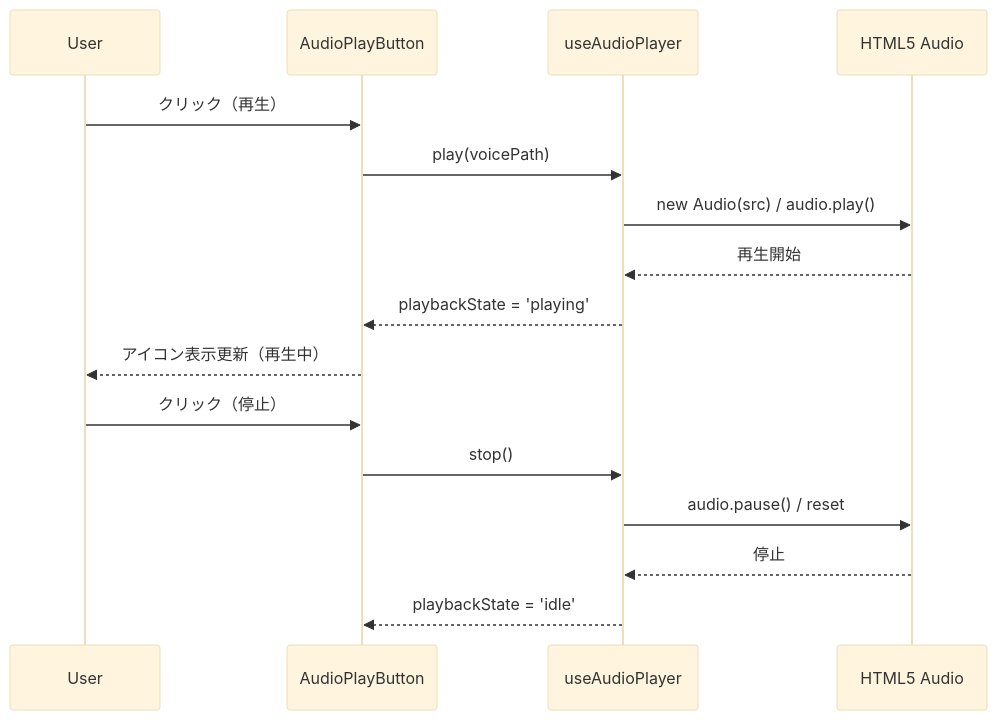
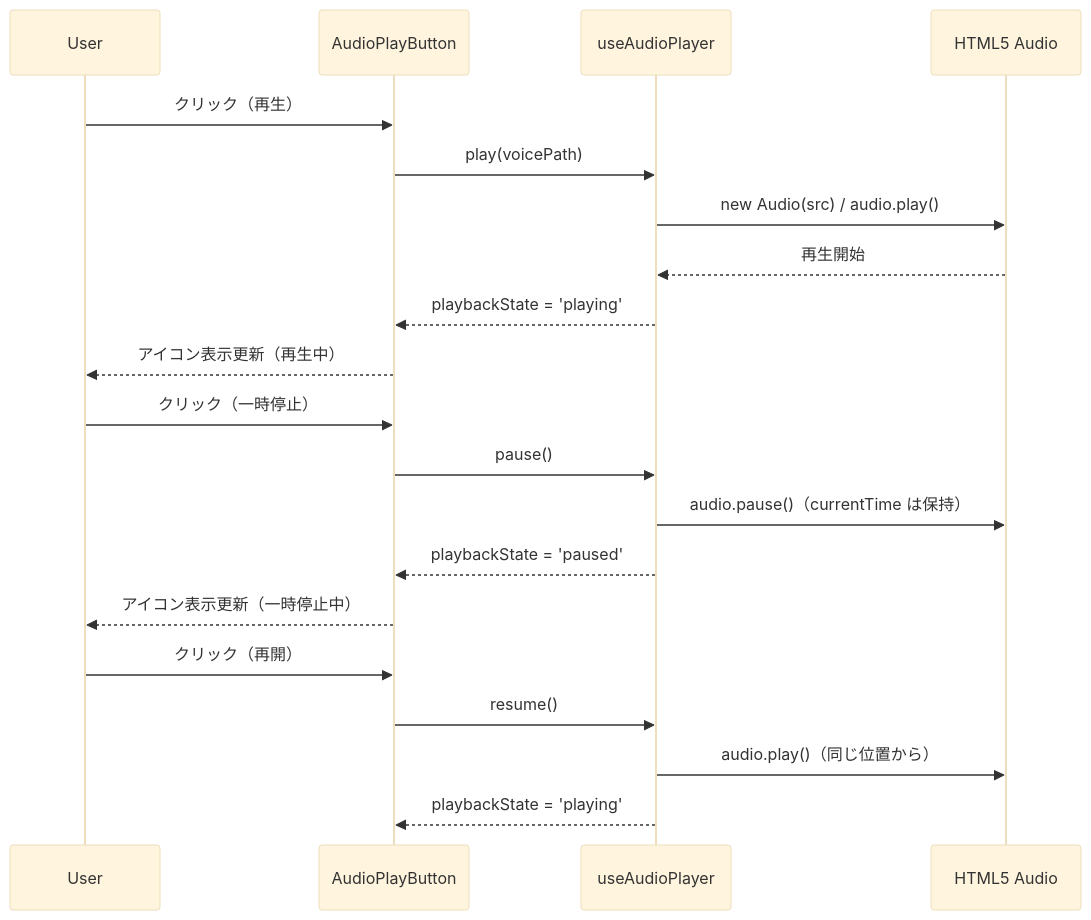
One commit to ToshikiImagawa/slide-presentation-app changed the first of 3 diagrams in .sdd/specification/speaker-note-audio_spec.md. Above: the diagram before and after it, drawn with Mermaid (base theme). The commit also changed other lines of this file and 12 other files, not shown here.

````diff
--- a/.sdd/specification/speaker-note-audio_spec.md
+++ b/.sdd/specification/speaker-note-audio_spec.md
@@ -196,20 +193,25 @@
 ```mermaid
 sequenceDiagram
     participant User
     participant AudioPlayButton
     participant useAudioPlayer
     participant HTMLAudio as HTML5 Audio
 
     User ->> AudioPlayButton: クリック（再生）
     AudioPlayButton ->> useAudioPlayer: play(voicePath)
     useAudioPlayer ->> HTMLAudio: new Audio(src) / audio.play()
     HTMLAudio -->> useAudioPlayer: 再生開始
     useAudioPlayer -->> AudioPlayButton: playbackState = 'playing'
     AudioPlayButton -->> User: アイコン表示更新（再生中）
 
-    User ->> AudioPlayButton: クリック（停止）
-    AudioPlayButton ->> useAudioPlayer: stop()
-    useAudioPlayer ->> HTMLAudio: audio.pause() / reset
-    HTMLAudio -->> useAudioPlayer: 停止
-    useAudioPlayer -->> AudioPlayButton: playbackState = 'idle'
+    User ->> AudioPlayButton: クリック（一時停止）
+    AudioPlayButton ->> useAudioPlayer: pause()
+    useAudioPlayer ->> HTMLAudio: audio.pause()（currentTime は保持）
+    useAudioPlayer -->> AudioPlayButton: playbackState = 'paused'
+    AudioPlayButton -->> User: アイコン表示更新（一時停止中）
+
+    User ->> AudioPlayButton: クリック（再開）
+    AudioPlayButton ->> useAudioPlayer: resume()
+    useAudioPlayer ->> HTMLAudio: audio.play()（同じ位置から）
+    useAudioPlayer -->> AudioPlayButton: playbackState = 'playing'
 ```
````
